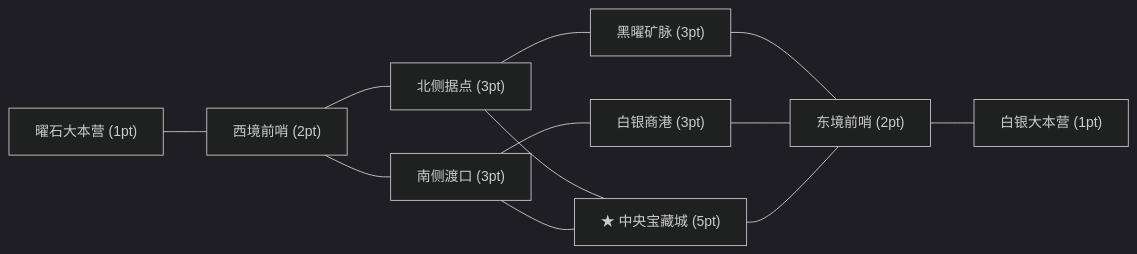
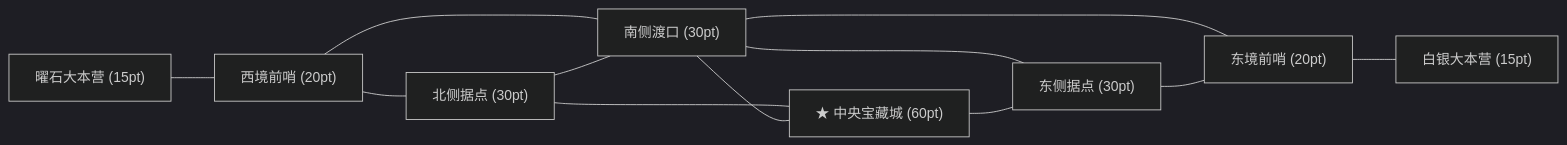
Before and after one commit to zzqDeco/drop2empire: the diagram in docs/design/02-macro/chamber-war-macro.md, drawn with Mermaid (dark theme). The commit also changed other lines of this file and 10 other files, not shown here.

````diff
--- a/docs/design/02-macro/chamber-war-macro.md
+++ b/docs/design/02-macro/chamber-war-macro.md
@@ -27,14 +29,14 @@
 ```mermaid
 flowchart LR
-  OB["曜石大本营 (1pt)"] --- WF["西境前哨 (2pt)"]
-  WF --- NF["北侧据点 (3pt)"]
-  WF --- SF["南侧渡口 (3pt)"]
-  NF --- CT["★ 中央宝藏城 (5pt)"]
-  SF --- CT
-  NF --- MINE["黑曜矿脉 (3pt)"]
-  SF --- PORT["白银商港 (3pt)"]
-  MINE --- EF["东境前哨 (2pt)"]
-  PORT --- EF
-  CT --- EF
-  EF --- AG["白银大本营 (1pt)"]
+  WB["曜石大本营 (15pt)"] --- WO["西境前哨 (20pt)"]
+  WO --- NF["北侧据点 (30pt)"]
+  WO --- SF["南侧渡口 (30pt)"]
+  NF --- SF
+  NF --- CV["★ 中央宝藏城 (60pt)"]
+  SF --- CV
+  SF --- EF["东侧据点 (30pt)"]
+  CV --- EF
+  SF --- EO["东境前哨 (20pt)"]
+  EF --- EO
+  EO --- EB["白银大本营 (15pt)"]
 ```
````
